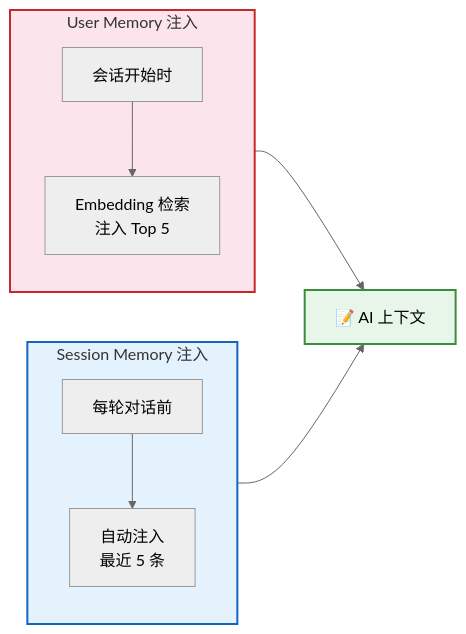
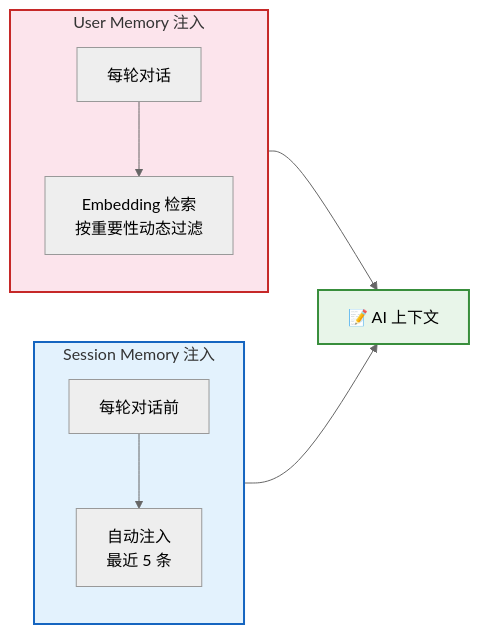
The fifth of 7 diagrams in src/content/docs/features/memory.md (rtc-agent/docs), drawn with Mermaid (neutral theme) before and after one commit. The commit also changed other lines of this file and 60 other files, not shown here.

First line of the commit message:
docs(site): refresh documentation with new sections and improved diagrams

````diff
--- a/src/content/docs/features/memory.md
+++ b/src/content/docs/features/memory.md
@@ -204,19 +202,19 @@
 ```mermaid
 flowchart LR
     subgraph SM_INJECT["Session Memory 注入"]
         direction TB
         SM1["每轮对话前"] --> SM2["自动注入<br/>最近 5 条"]
     end
 
     subgraph UM_INJECT["User Memory 注入"]
         direction TB
-        UM1["会话开始时"] --> UM2["Embedding 检索<br/>注入 Top 5"]
+        UM1["每轮对话"] --> UM2["Embedding 检索<br/>按重要性动态过滤"]
     end
 
     SM2 --> CTX["📝 AI 上下文"]
     UM2 --> CTX
 
     style SM_INJECT fill:#e3f2fd,stroke:#1565c0,stroke-width:2px
     style UM_INJECT fill:#fce4ec,stroke:#c62828,stroke-width:2px
     style CTX fill:#e8f5e9,stroke:#388e3c,stroke-width:2px
 ```
````
